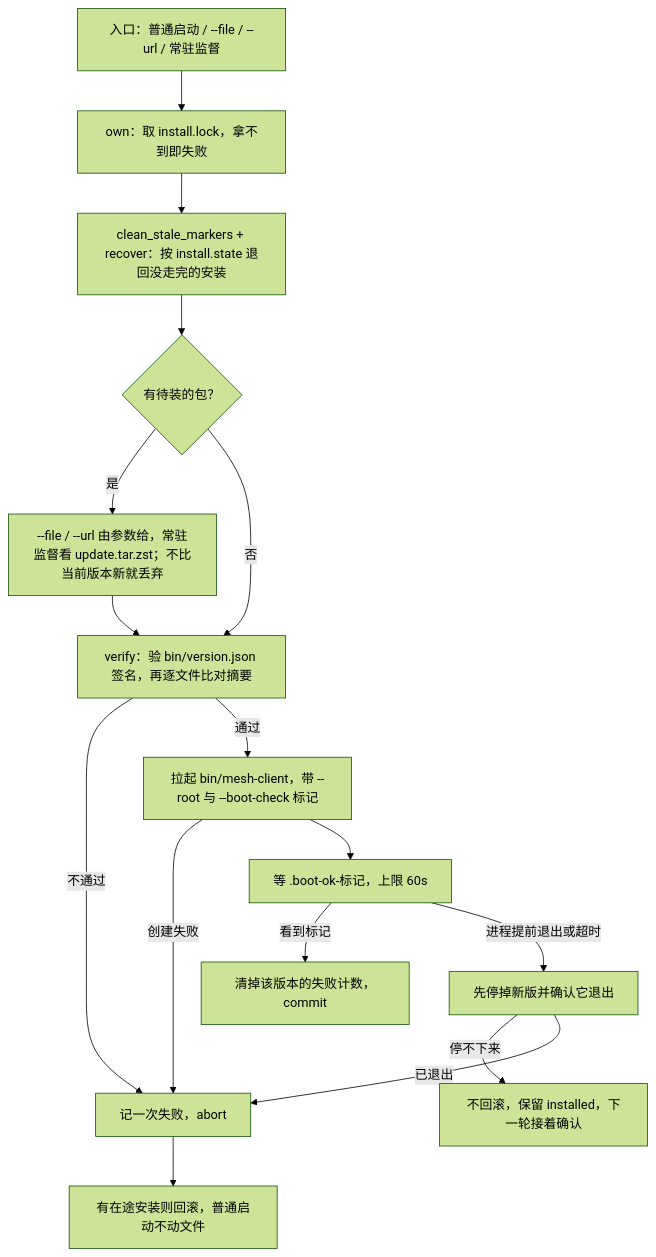
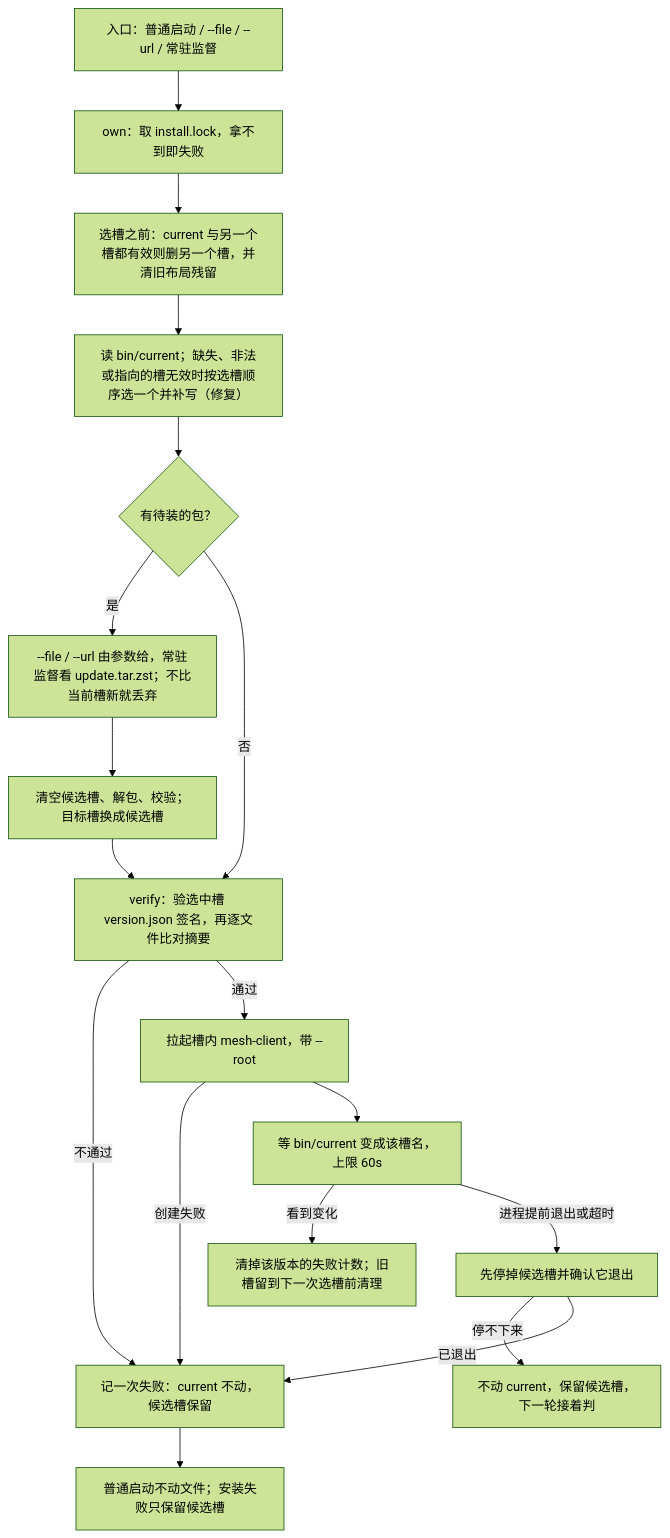
The third of 8 diagrams in docs/states.md (hiromuraki/mesh-client), drawn with Mermaid (forest theme) before and after one commit. The commit also changed other lines of this file and 4 other files, not shown here.

Commit message:
契约先行：安装布局改双槽（bin/alice、bin/bob、bin/current）

````diff
--- a/docs/states.md
+++ b/docs/states.md
@@ -100,18 +104,20 @@
 ```mermaid
 flowchart TD
   A["入口：普通启动 / --file / --url / 常驻监督"] --> B["own：取 install.lock，拿不到即失败"]
-  B --> C["clean_stale_markers + recover：按 install.state 退回没走完的安装"]
+  B --> B2["选槽之前：current 与另一个槽都有效则删另一个槽，并清旧布局残留"]
+  B2 --> C["读 bin/current；缺失、非法或指向的槽无效时按选槽顺序选一个并补写（修复）"]
   C --> D{"有待装的包？"}
-  D -- 是 --> E["--file / --url 由参数给，常驻监督看 update.tar.zst；不比当前版本新就丢弃"]
-  D -- 否 --> F["verify：验 bin/version.json 签名，再逐文件比对摘要"]
-  E --> F
-  F -- 不通过 --> G["记一次失败，abort"]
-  F -- 通过 --> H["拉起 bin/mesh-client，带 --root 与 --boot-check 标记"]
-  H -- 创建失败 --> G
-  H --> I["等 .boot-ok-标记，上限 60s"]
-  I -- 看到标记 --> J["清掉该版本的失败计数，commit"]
-  I -- 进程提前退出或超时 --> K["先停掉新版并确认它退出"]
-  K -- 停不下来 --> L["不回滚，保留 installed，下一轮接着确认"]
-  K -- 已退出 --> G
-  G --> M["有在途安装则回滚，普通启动不动文件"]
+  D -- 是 --> E["--file / --url 由参数给，常驻监督看 update.tar.zst；不比当前槽新就丢弃"]
+  D -- 否 --> F["verify：验选中槽 version.json 签名，再逐文件比对摘要"]
+  E --> G["清空候选槽、解包、校验；目标槽换成候选槽"]
+  G --> F
+  F -- 不通过 --> H["记一次失败：current 不动，候选槽保留"]
+  F -- 通过 --> I["拉起槽内 mesh-client，带 --root"]
+  I -- 创建失败 --> H
+  I --> J["等 bin/current 变成该槽名，上限 60s"]
+  J -- 看到变化 --> K["清掉该版本的失败计数；旧槽留到下一次选槽前清理"]
+  J -- 进程提前退出或超时 --> L["先停掉候选槽并确认它退出"]
+  L -- 停不下来 --> M["不动 current，保留候选槽，下一轮接着判"]
+  L -- 已退出 --> H
+  H --> N["普通启动不动文件；安装失败只保留候选槽"]
 ```
````
